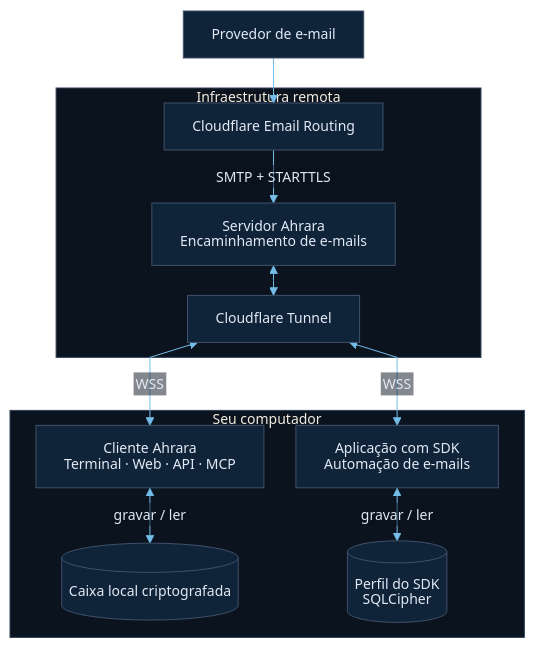
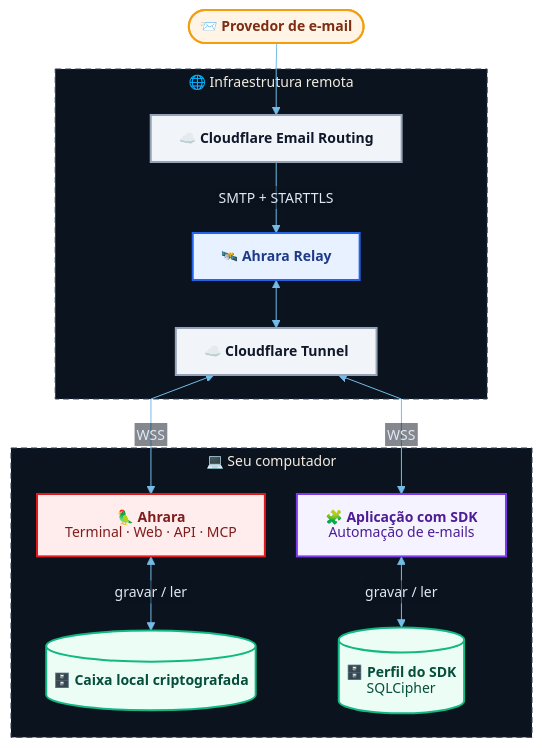
Before and after one commit to Hitmasu/Ahrara: the diagram in src/site/docs/pt-br/architecture.mmd, drawn with Mermaid. The commit also changed 25 other files, not shown here.

First line of the commit message:
docs: draw the delivery flow with icons in the README, site and docs

```diff
--- a/src/site/docs/pt-br/architecture.mmd
+++ b/src/site/docs/pt-br/architecture.mmd
@@ -1,47 +1,68 @@
 ---
 config:
   theme: base
   look: classic
   htmlLabels: false
   fontFamily: Arial, sans-serif
   themeVariables:
     primaryColor: '#102439'
     primaryTextColor: '#e1e9f5'
     primaryBorderColor: '#40516a'
     lineColor: '#73bde8'
     secondaryColor: '#0b131e'
     tertiaryColor: '#0b131e'
     clusterBkg: '#0b131e'
     clusterBorder: '#304159'
     edgeLabelBackground: '#0b131e'
     fontFamily: 'Arial, sans-serif'
     fontSize: '14px'
   flowchart:
+    subGraphTitleMargin:
+      top: 4
+      bottom: 18
     curve: linear
     nodeSpacing: 32
-    rankSpacing: 30
+    rankSpacing: 48
     wrappingWidth: 240
     padding: 14
 ---
 flowchart TB
   accTitle: Arquitetura de entrega do Ahrara
-  accDescr: O SMTP entrega os e-mails ao servidor Ahrara. O WSS conecta o servidor pelo Cloudflare Tunnel ao cliente Ahrara ou à aplicação com SDK. As mensagens aceitas são salvas em uma caixa criptografada na máquina do usuário.
-  Provider["Provedor de e-mail"]
-  subgraph Remote["Infraestrutura remota"]
-    Routing["Cloudflare Email Routing"]
-    Server["Servidor Ahrara<br/>Encaminhamento de e-mails"]
-    Tunnel["Cloudflare Tunnel"]
+  accDescr: O SMTP entrega os e-mails ao Ahrara Relay. O WSS conecta o relay pelo Cloudflare Tunnel ao Ahrara ou à aplicação com SDK. As mensagens aceitas são salvas em uma caixa criptografada na máquina do usuário.
+  Provider(["`📨 **Provedor de e-mail**`"])
+  subgraph Remote["🌐 Infraestrutura remota"]
+    Routing["`☁️ **Cloudflare Email Routing**`"]
+    Server["`🛰️ **Ahrara Relay**`"]
+    Tunnel["`☁️ **Cloudflare Tunnel**`"]
     Routing -->|SMTP + STARTTLS| Server
     Server <--> Tunnel
   end
-  subgraph Local["Seu computador"]
-    Client["Cliente Ahrara<br/>Terminal · Web · API · MCP"]
-    SDK["Aplicação com SDK<br/>Automação de e-mails"]
-    Inbox[("Caixa local criptografada")]
-    SDKInbox[("Perfil do SDK<br/>SQLCipher")]
+  subgraph Local["💻 Seu computador"]
+    Client["`🦜 **Ahrara**
+    Terminal · Web · API · MCP`"]
+    SDK["`🧩 **Aplicação com SDK**
+    Automação de e-mails`"]
+    Inbox[("`🗄️ **Caixa local criptografada**`")]
+    SDKInbox[("`🗄️ **Perfil do SDK**
+    SQLCipher`")]
     Client <-->|gravar / ler| Inbox
     SDK <-->|gravar / ler| SDKInbox
   end
   Provider --> Routing
   Tunnel <-->|WSS| Client
   Tunnel <-->|WSS| SDK
+
+  classDef sender fill:#fff4e5,stroke:#f59e0b,stroke-width:2px,color:#7c2d12
+  classDef cloud fill:#f1f5f9,stroke:#94a3b8,stroke-width:2px,color:#0f172a
+  classDef relay fill:#e8f1ff,stroke:#2563eb,stroke-width:2px,color:#1e3a8a
+  classDef ahrara fill:#ffecec,stroke:#e11a1c,stroke-width:2px,color:#7f1d1d
+  classDef sdk fill:#f5f3ff,stroke:#7c3aed,stroke-width:2px,color:#4c1d95
+  classDef inbox fill:#ecfdf5,stroke:#10b981,stroke-width:2px,color:#064e3b
+  class Provider sender
+  class Routing,Tunnel cloud
+  class Server relay
+  class Client ahrara
+  class SDK sdk
+  class Inbox,SDKInbox inbox
+  style Remote stroke-dasharray:6 4
+  style Local stroke-dasharray:6 4
```
